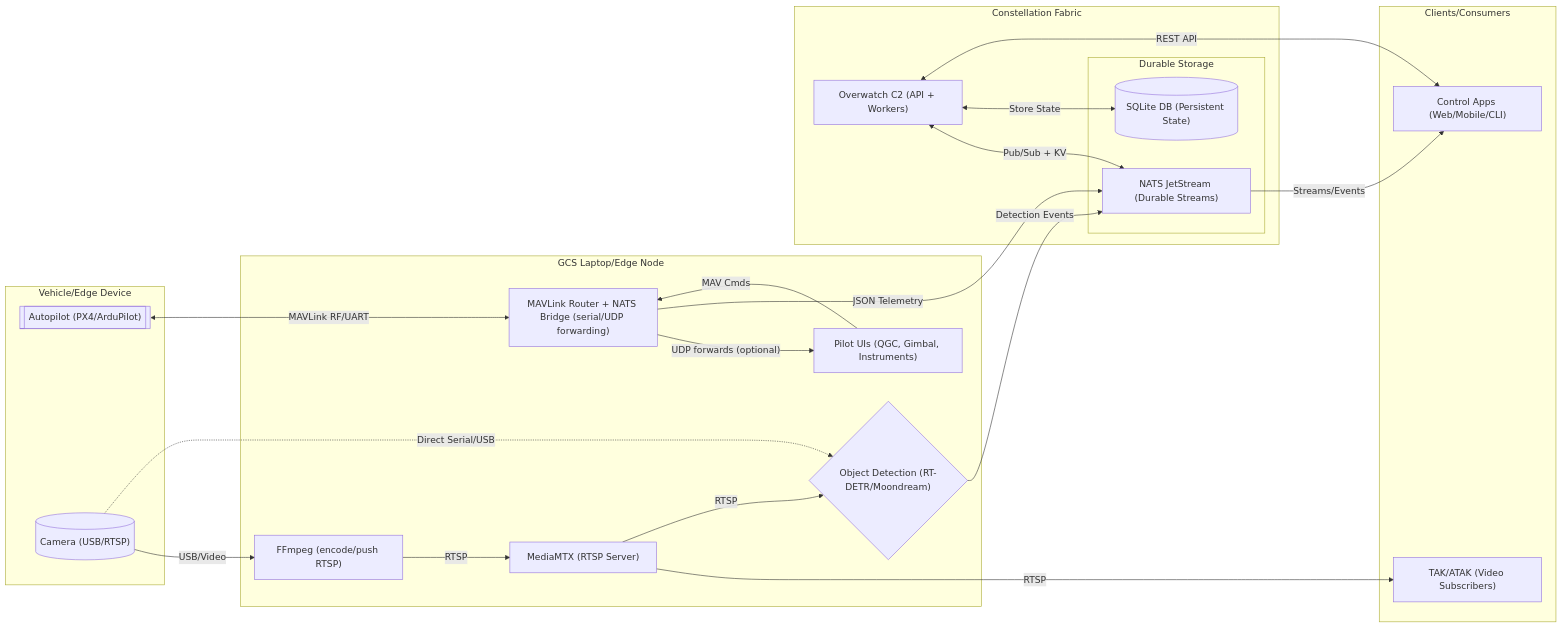
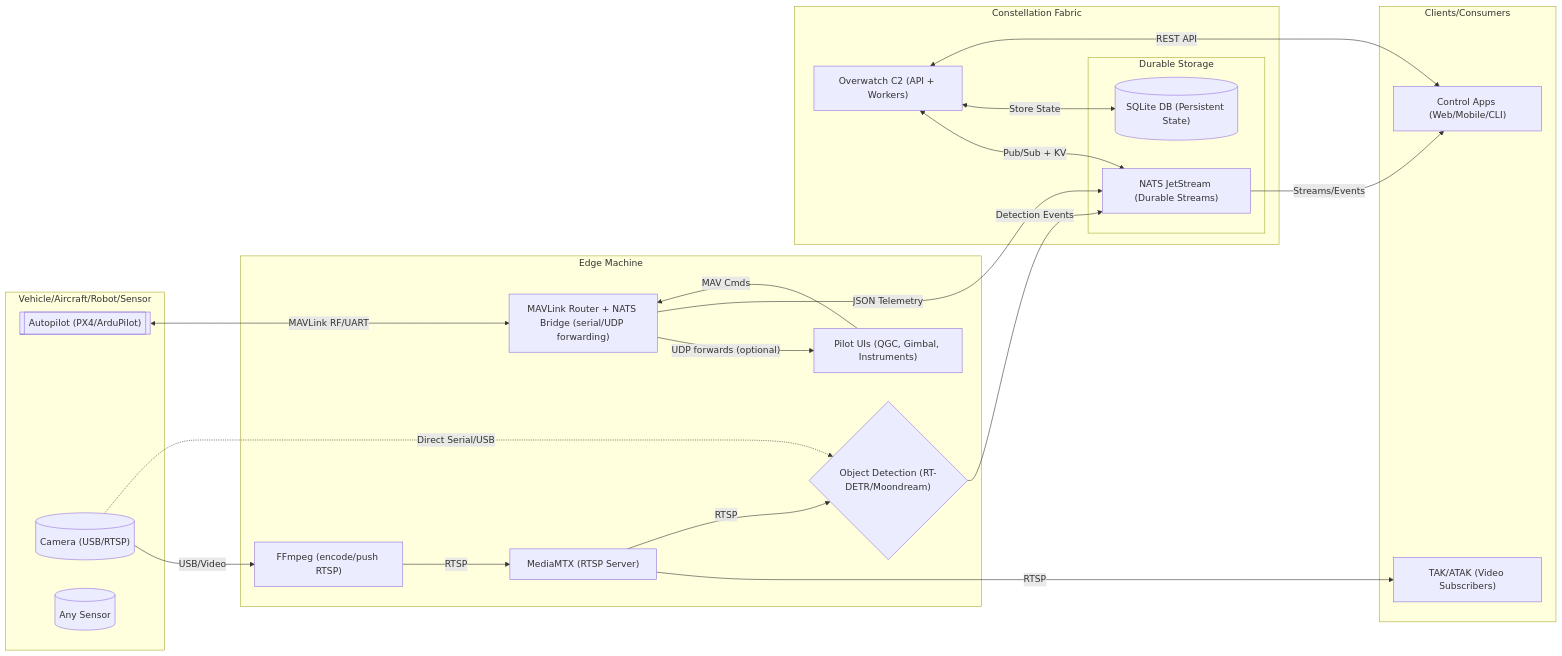
The diagram in profile/README.md (Constellation-Overwatch/.github), drawn with Mermaid before and after one commit. The commit also changed other lines of this file, not shown here.

````diff
--- a/profile/README.md
+++ b/profile/README.md
@@ -60,45 +9,46 @@
 ```mermaid
 flowchart LR
-    subgraph "Vehicle/Edge Device"
+    subgraph "Vehicle/Aircraft/Robot/Sensor"
         Autopilot[["Autopilot (PX4/ArduPilot)"]]
         Camera[("Camera (USB/RTSP)")]
+        Sensor[("Any Sensor")]
     end
 
-    subgraph "GCS Laptop/Edge Node"
+    subgraph "Edge Machine"
         MAVRouter["MAVLink Router + NATS Bridge (serial/UDP forwarding)"]
         ObjDetect{"Object Detection (RT-DETR/Moondream)"}
         FFmpeg["FFmpeg (encode/push RTSP)"]
         MediaMTX["MediaMTX (RTSP Server)"]
         UIs["Pilot UIs (QGC, Gimbal, Instruments)"]
     end
 
     subgraph "Constellation Fabric"
         Overwatch["Overwatch C2 (API + Workers)"]
         subgraph "Durable Storage"
             NATS["NATS JetStream (Durable Streams)"]
             DB[("SQLite DB (Persistent State)")]
         end
     end
 
     subgraph "Clients/Consumers"
         TAK["TAK/ATAK (Video Subscribers)"]
         Control["Control Apps (Web/Mobile/CLI)"]
     end
 
     Autopilot <-->|MAVLink RF/UART| MAVRouter
     MAVRouter -->|"UDP forwards (optional)"| UIs
     UIs -->|MAV Cmds| MAVRouter
     MAVRouter -->|JSON Telemetry| NATS
 
     Camera -->|USB/Video| FFmpeg
     FFmpeg -->|RTSP| MediaMTX
     MediaMTX -->|RTSP| TAK
     MediaMTX -->|RTSP| ObjDetect
     Camera -.->|Direct Serial/USB| ObjDetect
     ObjDetect -->|Detection Events| NATS
 
     Overwatch <-->|Pub/Sub + KV| NATS
     Overwatch <-->|Store State| DB
     Overwatch <-->|REST API| Control
     NATS -->|Streams/Events| Control
 ```
````
